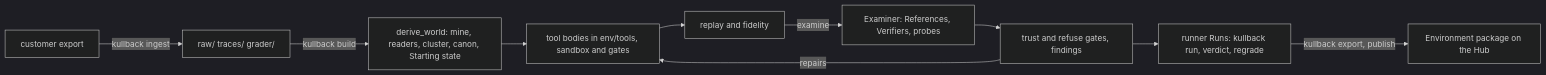
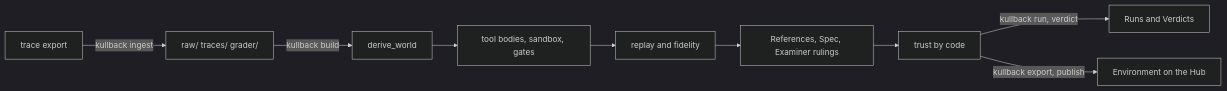
Before and after one commit to leiblerdev/kullback: the diagram in docs/architecture.md, drawn with Mermaid (dark theme). The commit also changed other lines of this file and 11 other files, not shown here.

Commit message:
Docs: rewrite the architecture, plan and reference pages shorter

````diff
--- a/docs/architecture.md
+++ b/docs/architecture.md
@@ -62,12 +83,11 @@
 ```mermaid
 flowchart LR
-    A[customer export] -->|kullback ingest| B[raw/ traces/ grader/]
-    B -->|kullback build| C[derive_world: mine, readers, cluster, canon, Starting state]
-    C --> D[tool bodies in env/tools, sandbox and gates]
+    A[trace export] -->|kullback ingest| B[raw/ traces/ grader/]
+    B -->|kullback build| C[derive_world]
+    C --> D[tool bodies, sandbox, gates]
     D --> E[replay and fidelity]
-    E -->|examine| F[Examiner: References, Verifiers, probes]
-    F --> G[trust and refuse gates, findings]
-    G -->|repairs| D
-    G --> H[runner Runs: kullback run, verdict, regrade]
-    H -->|kullback export, publish| I[Environment package on the Hub]
+    E --> F[References, Spec, Examiner rulings]
+    F --> G[trust by code]
+    G -->|kullback run, verdict| H[Runs and Verdicts]
+    G -->|kullback export, publish| I[Environment on the Hub]
 ```
````
